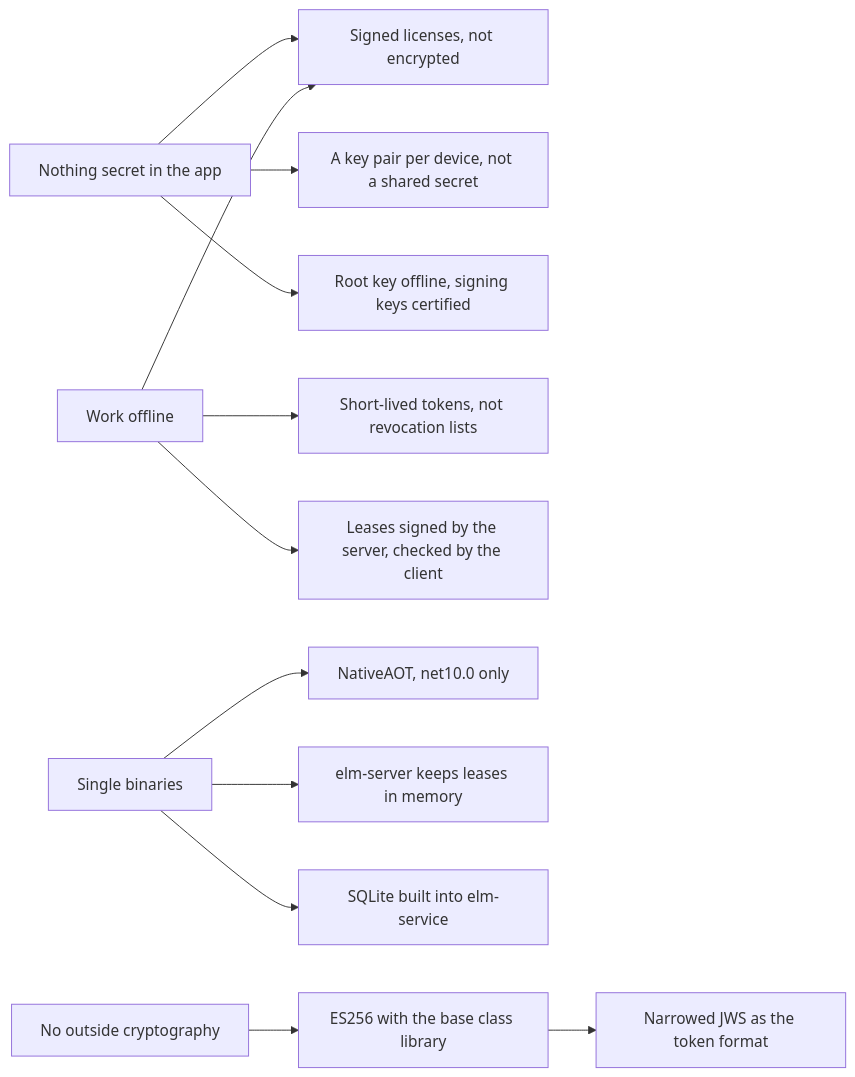
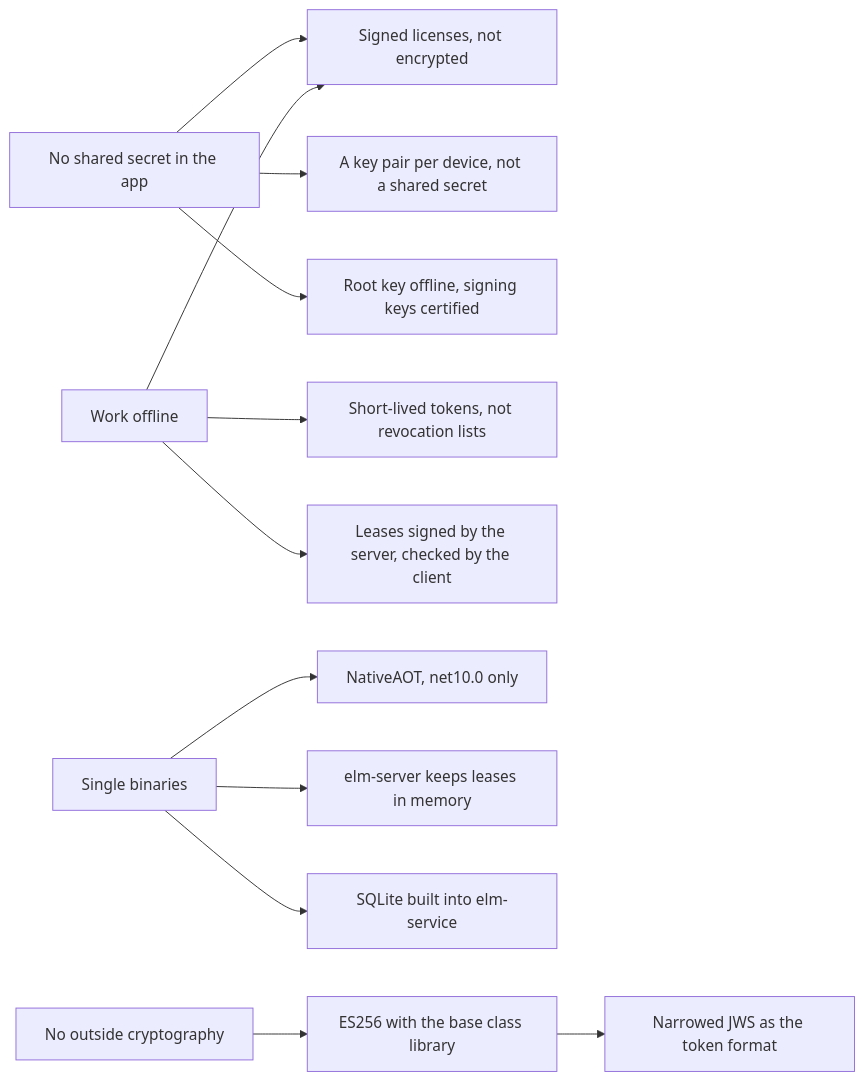
Before and after one commit to YUKIKEDA/ElasticLM: the diagram in docs/guide/explanation/design-choices.md, drawn with Mermaid. The commit also changed other lines of this file and 17 other files, not shown here.

````diff
--- a/docs/guide/explanation/design-choices.md
+++ b/docs/guide/explanation/design-choices.md
@@ -22,14 +20,14 @@
 ```mermaid
 flowchart LR
-    R1["Nothing secret in the app"] --> C1["Signed licenses, not encrypted"]
+    R1["No shared secret in the app"] --> C1["Signed licenses, not encrypted"]
     R1 --> C2["A key pair per device, not a shared secret"]
     R1 --> C3["Root key offline, signing keys certified"]
     R2["Work offline"] --> C1
     R2 --> C4["Short-lived tokens, not revocation lists"]
     R2 --> C5["Leases signed by the server, checked by the client"]
     R3["Single binaries"] --> C6["NativeAOT, net10.0 only"]
     R3 --> C7["elm-server keeps leases in memory"]
     R3 --> C8["SQLite built into elm-service"]
     R4["No outside cryptography"] --> C9["ES256 with the base class library"]
     C9 --> C10["Narrowed JWS as the token format"]
 ```
````
